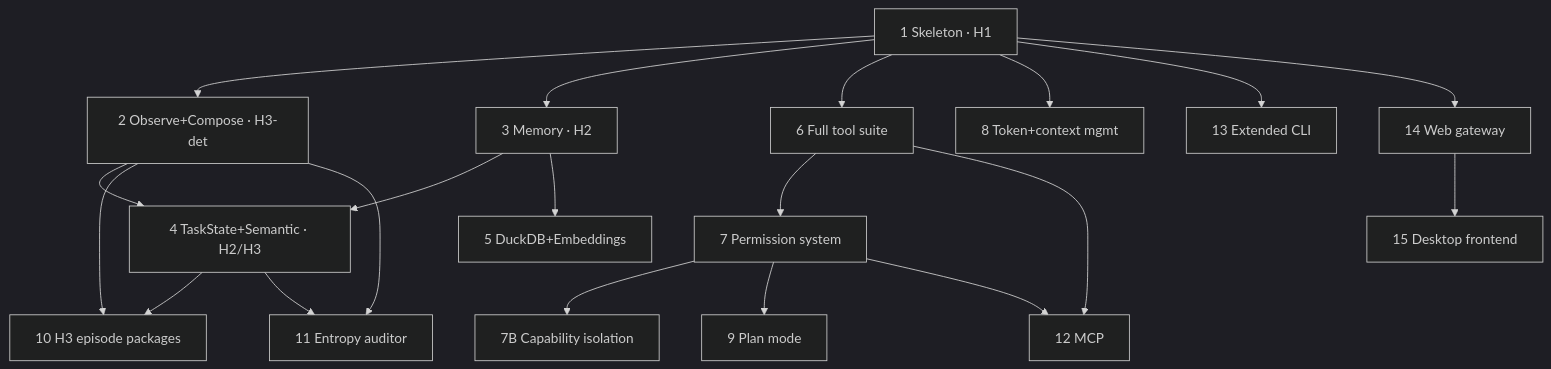
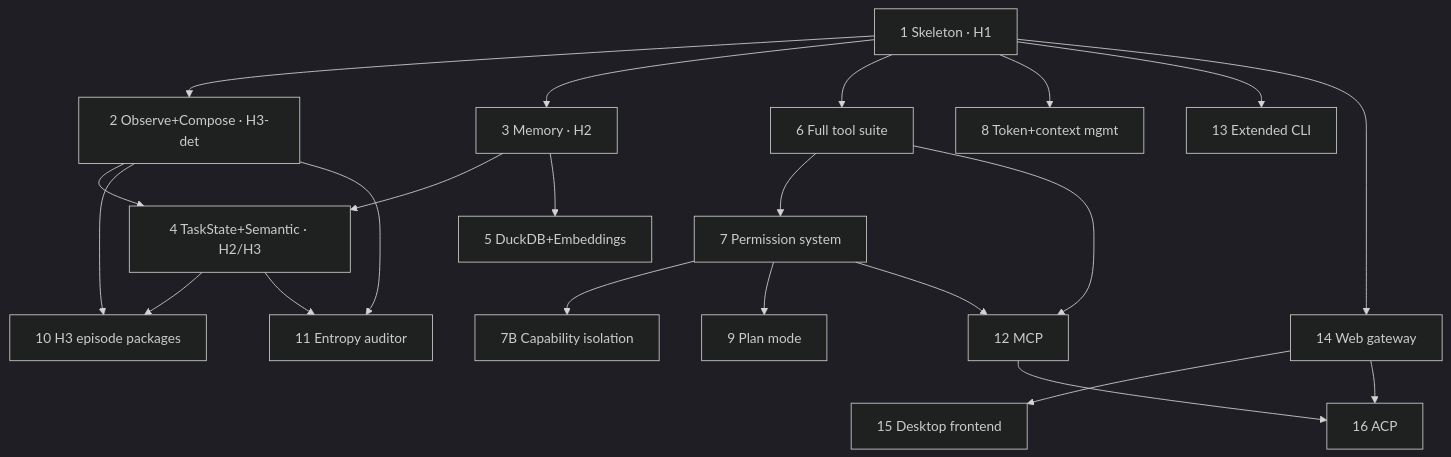
Before and after one commit to Rusty-Mill/rusty_mill: the diagram in BACKLOG.md, drawn with Mermaid (dark theme). The commit also changed other lines of this file and 1 other file, not shown here.

````diff
--- a/BACKLOG.md
+++ b/BACKLOG.md
@@ -23,22 +23,24 @@
 ```mermaid
 graph TD
     P1[1 Skeleton · H1] --> P2[2 Observe+Compose · H3-det]
     P1 --> P3[3 Memory · H2]
     P2 --> P4[4 TaskState+Semantic · H2/H3]
     P3 --> P4
     P3 --> P5[5 DuckDB+Embeddings]
     P1 --> P6[6 Full tool suite]
     P6 --> P7[7 Permission system]
     P7 --> P7B[7B Capability isolation]
     P1 --> P8[8 Token+context mgmt]
     P7 --> P9[9 Plan mode]
     P2 --> P10[10 H3 episode packages]
     P4 --> P10
     P2 --> P11[11 Entropy auditor]
     P4 --> P11
     P6 --> P12[12 MCP]
     P7 --> P12
     P1 --> P13[13 Extended CLI]
     P1 --> P14[14 Web gateway]
     P14 --> P15[15 Desktop frontend]
+    P12 --> P16[16 ACP]
+    P14 --> P16
 ```
````
